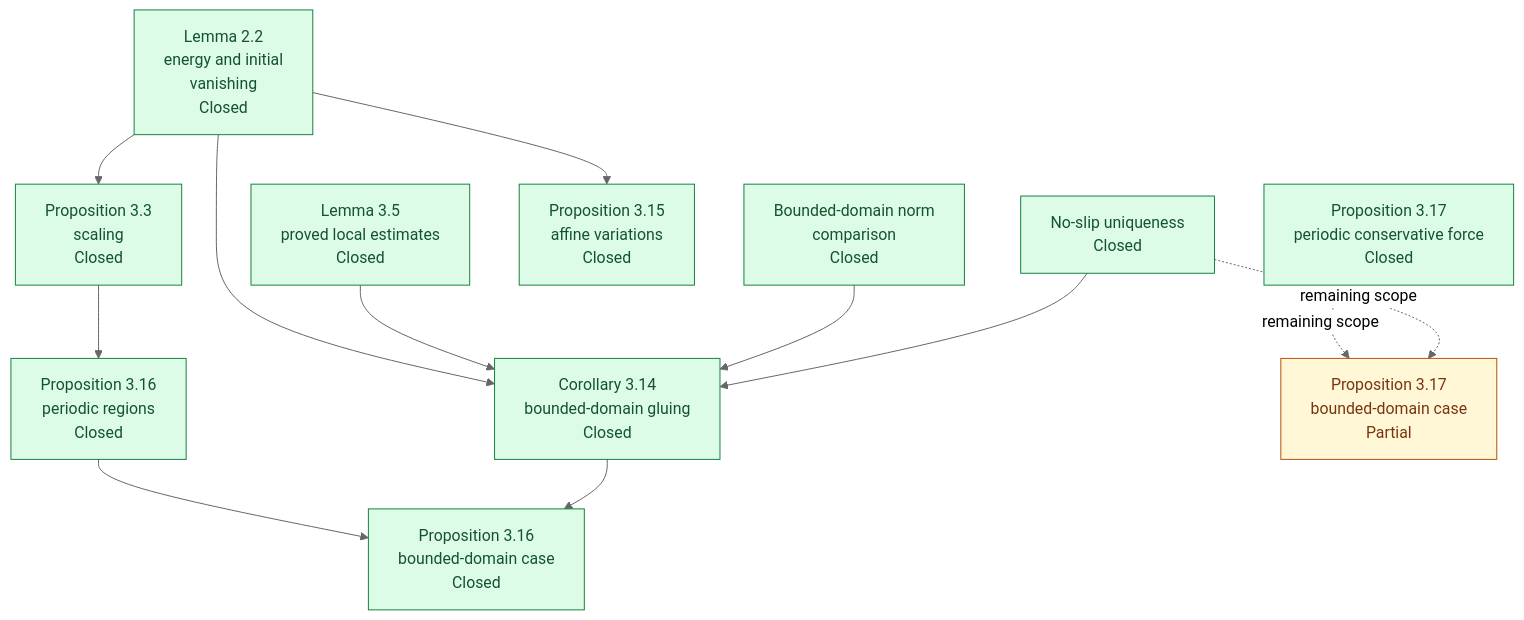
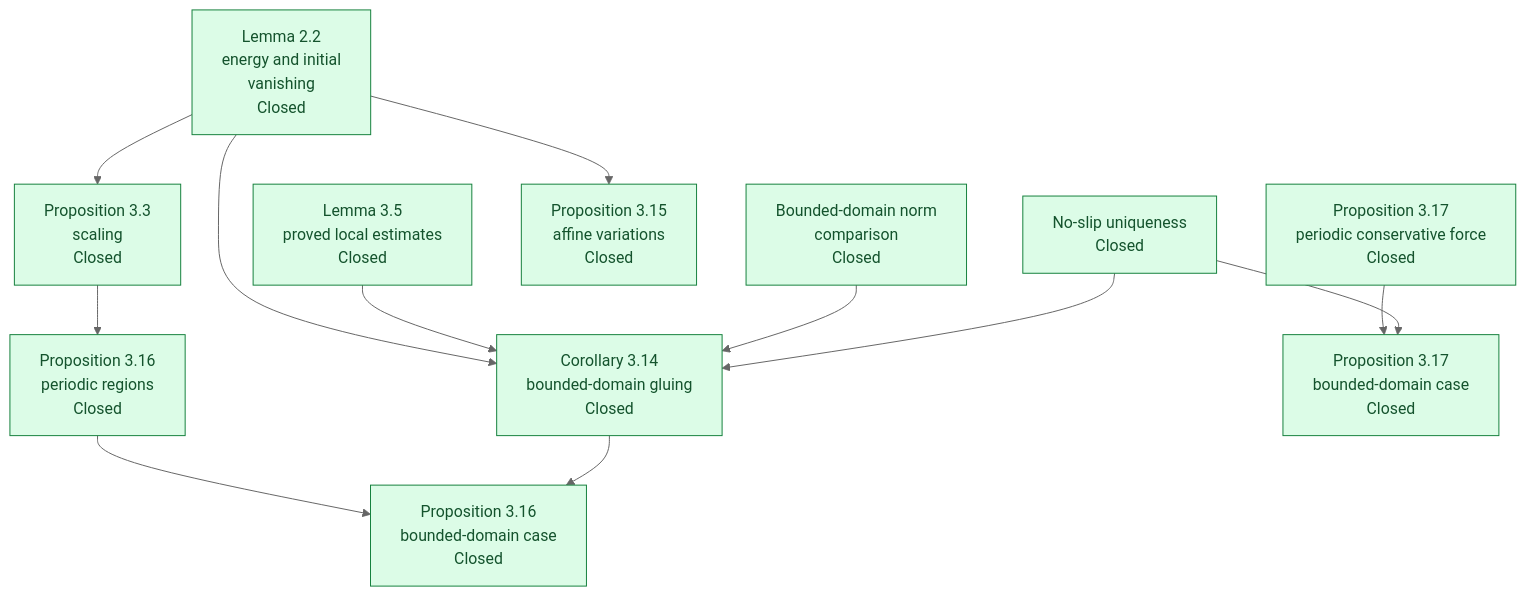
The third of 4 diagrams in formalization/blueprint/DEPENDENCY_GRAPH.md (mathzhuonichi/blowup_density), drawn with Mermaid (neutral theme) before and after one commit. The commit also changed other lines of this file and 4 other files, not shown here.

````diff
--- a/formalization/blueprint/DEPENDENCY_GRAPH.md
+++ b/formalization/blueprint/DEPENDENCY_GRAPH.md
@@ -89,30 +88,29 @@
 ```mermaid
 flowchart TD
   E22["Lemma 2.2<br/>energy and initial<br/>vanishing<br/>Closed"]
   C35_LOCAL["Lemma 3.5<br/>proved local estimates<br/>Closed"]
   BN["Bounded-domain norm<br/>comparison<br/>Closed"]
   BU["No-slip uniqueness<br/>Closed"]
   B314["Corollary 3.14<br/>bounded-domain gluing<br/>Closed"]
   A315["Proposition 3.15<br/>affine variations<br/>Closed"]
   S33["Proposition 3.3<br/>scaling<br/>Closed"]
   M316["Proposition 3.16<br/>periodic regions<br/>Closed"]
   M316_B["Proposition 3.16<br/>bounded-domain case<br/>Closed"]
   C317["Proposition 3.17<br/>periodic conservative force<br/>Closed"]
-  C317_B["Proposition 3.17<br/>bounded-domain case<br/>Partial"]
+  C317_B["Proposition 3.17<br/>bounded-domain case<br/>Closed"]
   E22 --> B314
   C35_LOCAL --> B314
   BN --> B314
   BU --> B314
   E22 --> A315
   E22 --> S33
   S33 --> M316
   M316 --> M316_B
   B314 --> M316_B
-  C317 -. remaining scope .-> C317_B
-  BU -. remaining scope .-> C317_B
+  C317 --> C317_B
+  BU --> C317_B
   classDef closed fill:#dcfce7,stroke:#15803d,color:#14532d;
   classDef partial fill:#fff7d6,stroke:#b45309,color:#78350f;
   classDef mainResult stroke-width:4px;
-  class E22,C35_LOCAL,BN,BU,B314,A315,S33,M316,M316_B,C317 closed;
-  class C317_B partial;
+  class E22,C35_LOCAL,BN,BU,B314,A315,S33,M316,M316_B,C317,C317_B closed;
 ```
````
